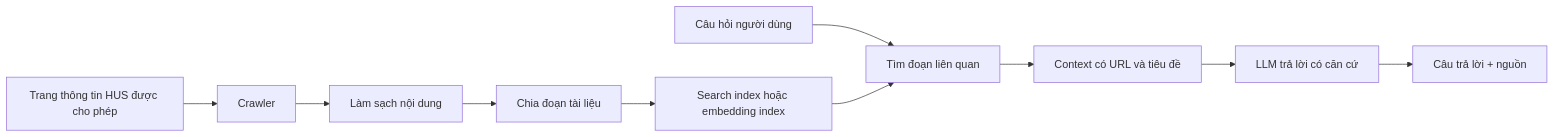
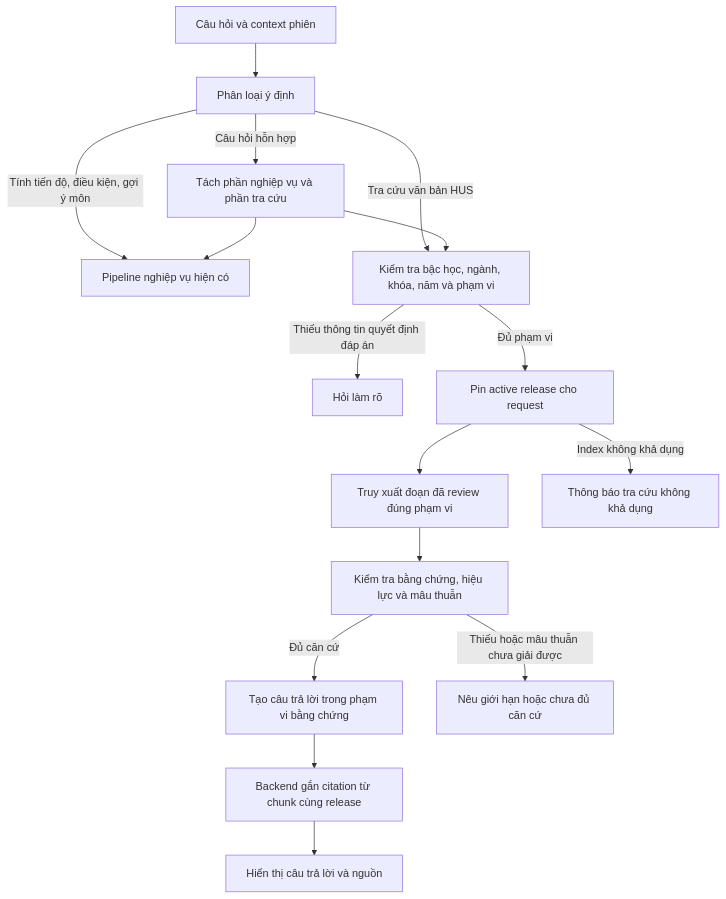
Before and after one commit to 5-Bit-System/SE_Project: the sixth of 6 diagrams in docs/SYSTEM_SPECIFICATION.md, drawn with Mermaid. The commit also changed other lines of this file and 8 other files, not shown here.

````diff
--- a/docs/SYSTEM_SPECIFICATION.md
+++ b/docs/SYSTEM_SPECIFICATION.md
@@ -411,12 +397,18 @@
 ```mermaid
-flowchart LR
-    WEB[Trang thông tin HUS được cho phép] --> CRAWL[Crawler]
-    CRAWL --> CLEAN[Làm sạch nội dung]
-    CLEAN --> CHUNK[Chia đoạn tài liệu]
-    CHUNK --> INDEX[Search index hoặc embedding index]
-    Q[Câu hỏi người dùng] --> SEARCH[Tìm đoạn liên quan]
-    INDEX --> SEARCH
-    SEARCH --> CONTEXT[Context có URL và tiêu đề]
-    CONTEXT --> LLM[LLM trả lời có căn cứ]
-    LLM --> OUT[Câu trả lời + nguồn]
+flowchart TD
+    Q[Câu hỏi và context phiên] --> R[Phân loại ý định]
+    R -->|Tính tiến độ, điều kiện, gợi ý môn| N[Pipeline nghiệp vụ hiện có]
+    R -->|Tra cứu văn bản HUS| S[Kiểm tra bậc học, ngành, khóa, năm và phạm vi]
+    R -->|Câu hỏi hỗn hợp| M[Tách phần nghiệp vụ và phần tra cứu]
+    M --> N
+    M --> S
+    S -->|Thiếu thông tin quyết định đáp án| CL[Hỏi làm rõ]
+    S -->|Đủ phạm vi| P[Pin active release cho request]
+    P --> T[Truy xuất đoạn đã review đúng phạm vi]
+    T --> E[Kiểm tra bằng chứng, hiệu lực và mâu thuẫn]
+    E -->|Đủ căn cứ| A[Tạo câu trả lời trong phạm vi bằng chứng]
+    A --> C[Backend gắn citation từ chunk cùng release]
+    C --> O[Hiển thị câu trả lời và nguồn]
+    E -->|Thiếu hoặc mâu thuẫn chưa giải được| U[Nêu giới hạn hoặc chưa đủ căn cứ]
+    P -->|Index không khả dụng| V[Thông báo tra cứu không khả dụng]
 ```
````
